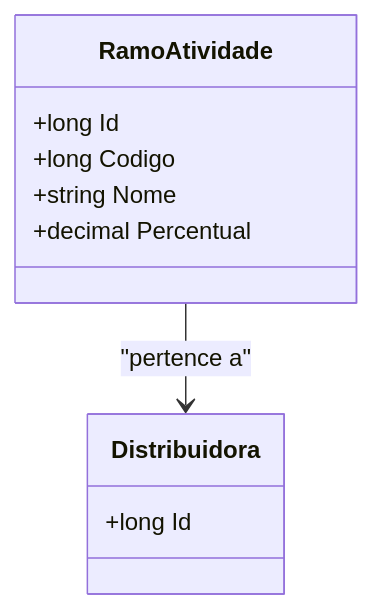
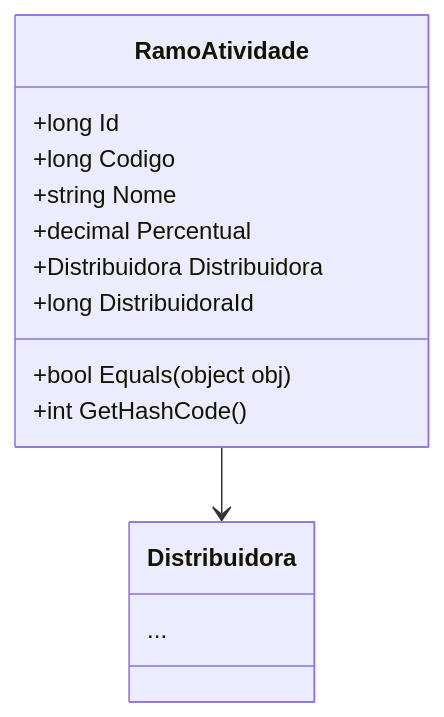
Before and after one commit to IsthmusSistemas/documentacao-tecnica: the diagram in docs/b2b-dominio/IsthmusWinthor.Nucleo/IsthmusWinthor.Dominio/Entidades/RamoAtividade.md, drawn with Mermaid. The commit also changed other lines of this file and 882 other files, not shown here.

````diff
--- a/docs/b2b-dominio/IsthmusWinthor.Nucleo/IsthmusWinthor.Dominio/Entidades/RamoAtividade.md
+++ b/docs/b2b-dominio/IsthmusWinthor.Nucleo/IsthmusWinthor.Dominio/Entidades/RamoAtividade.md
@@ -22,13 +34,17 @@
 ```mermaid
 classDiagram
     class RamoAtividade {
         +long Id
         +long Codigo
         +string Nome
         +decimal Percentual
+        +Distribuidora Distribuidora
+        +long DistribuidoraId
+        +bool Equals(object obj)
+        +int GetHashCode()
     }
     class Distribuidora {
-        +long Id
+        ...
     }
-    RamoAtividade --> Distribuidora : "pertence a"
+    RamoAtividade --> Distribuidora
 ```
````
